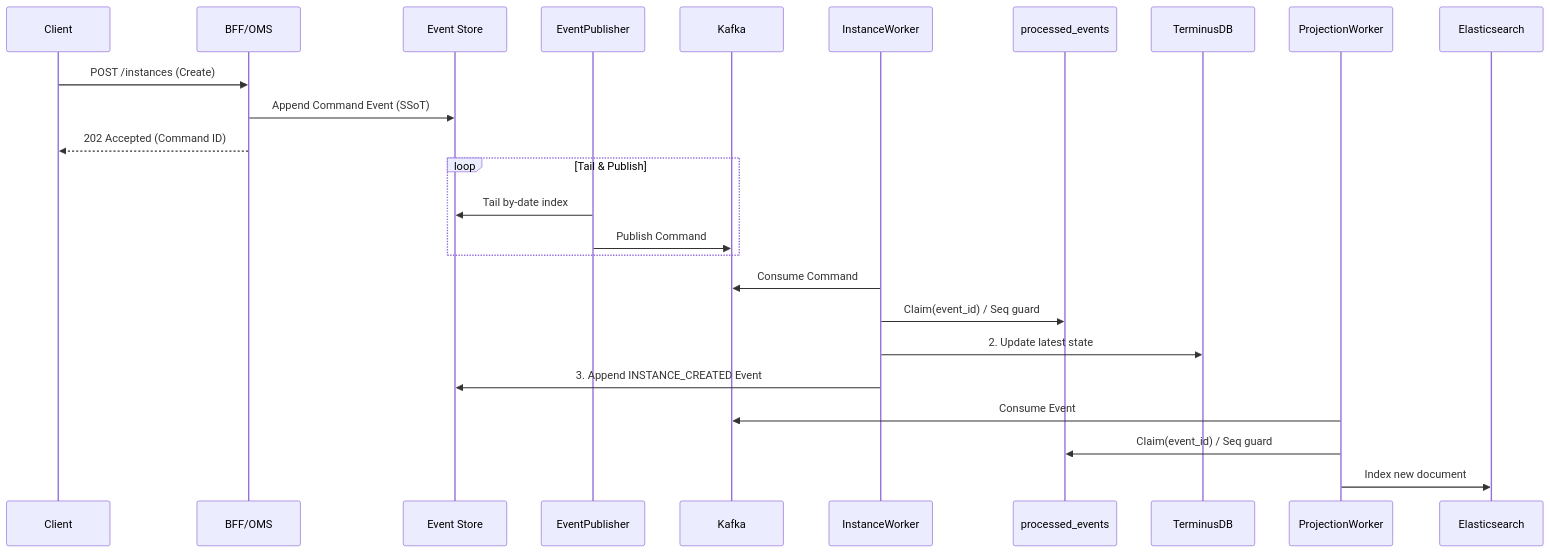
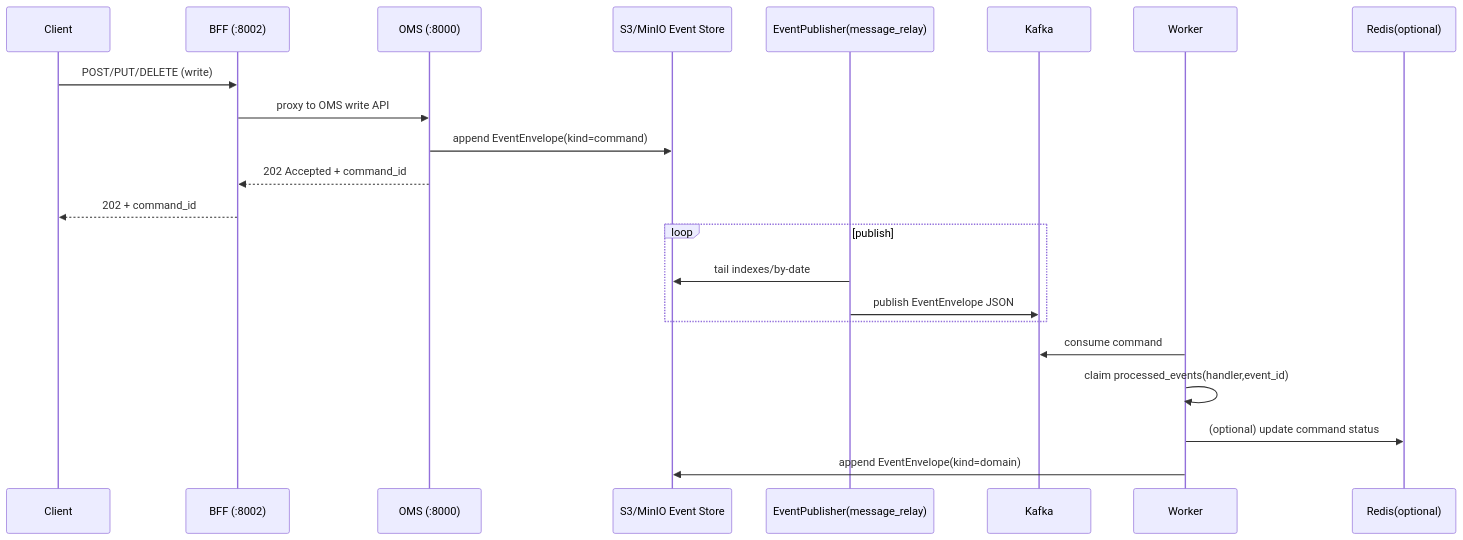
The second of 3 diagrams in docs/ARCHITECTURE.md (ludia8888/SPICE-Harvester), drawn with Mermaid before and after one commit. The commit also changed other lines of this file and 1 other file, not shown here.

Commit message:
docs: refresh architecture and API reference

````diff
--- a/docs/ARCHITECTURE.md
+++ b/docs/ARCHITECTURE.md
@@ -156,31 +378,27 @@
 ```mermaid
 sequenceDiagram
-    participant Client
-    participant BFF/OMS
-    participant S3 as Event Store
-    participant EventPublisher
-    participant Kafka
-    participant InstanceWorker
-    participant Postgres as processed_events
-    participant TerminusDB
-    participant ProjectionWorker
-    participant Elasticsearch
+  participant Client
+  participant BFF as BFF (:8002)
+  participant OMS as OMS (:8000)
+  participant ESStore as S3/MinIO Event Store
+  participant Relay as EventPublisher(message_relay)
+  participant Kafka
+  participant Worker as Worker
+  participant Redis as Redis(optional)
 
-    Client->>BFF/OMS: POST /instances (Create)
-    BFF/OMS->>S3: Append Command Event (SSoT)
-    BFF/OMS-->>Client: 202 Accepted (Command ID)
+  Client->>BFF: POST/PUT/DELETE (write)
+  BFF->>OMS: proxy to OMS write API
+  OMS->>ESStore: append EventEnvelope(kind=command)
+  OMS-->>BFF: 202 Accepted + command_id
+  BFF-->>Client: 202 + command_id
 
-    loop Tail & Publish
-        EventPublisher->>S3: Tail by-date index
-        EventPublisher->>Kafka: Publish Command
-    end
+  loop publish
+    Relay->>ESStore: tail indexes/by-date
+    Relay->>Kafka: publish EventEnvelope JSON
+  end
 
-    InstanceWorker->>Kafka: Consume Command
-    InstanceWorker->>Postgres: Claim(event_id) / Seq guard
-    InstanceWorker->>TerminusDB: 2. Update latest state
-    InstanceWorker->>S3: 3. Append INSTANCE_CREATED Event
-
-    ProjectionWorker->>Kafka: Consume Event
-    ProjectionWorker->>Postgres: Claim(event_id) / Seq guard
-    ProjectionWorker->>Elasticsearch: Index new document
+  Worker->>Kafka: consume command
+  Worker->>Worker: claim processed_events(handler,event_id)
+  Worker->>Redis: (optional) update command status
+  Worker->>ESStore: append EventEnvelope(kind=domain)
 ```
````
